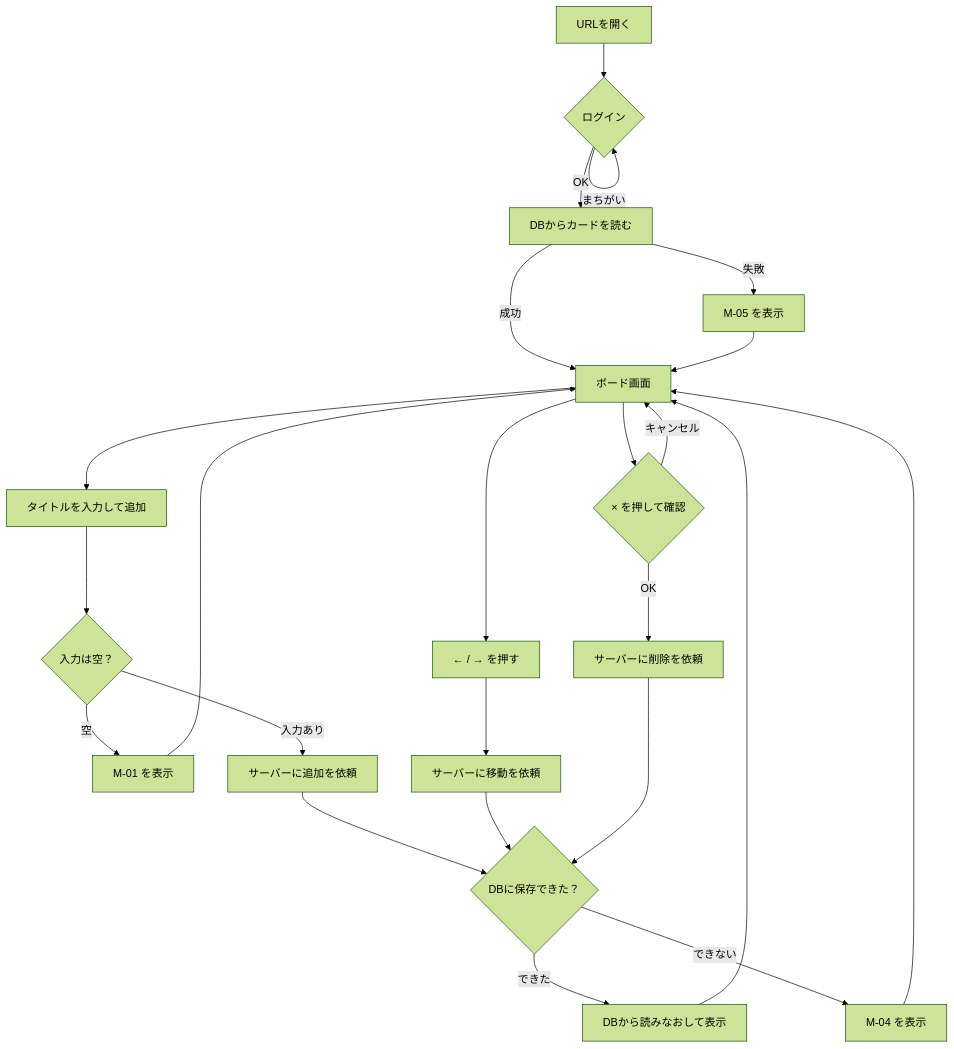
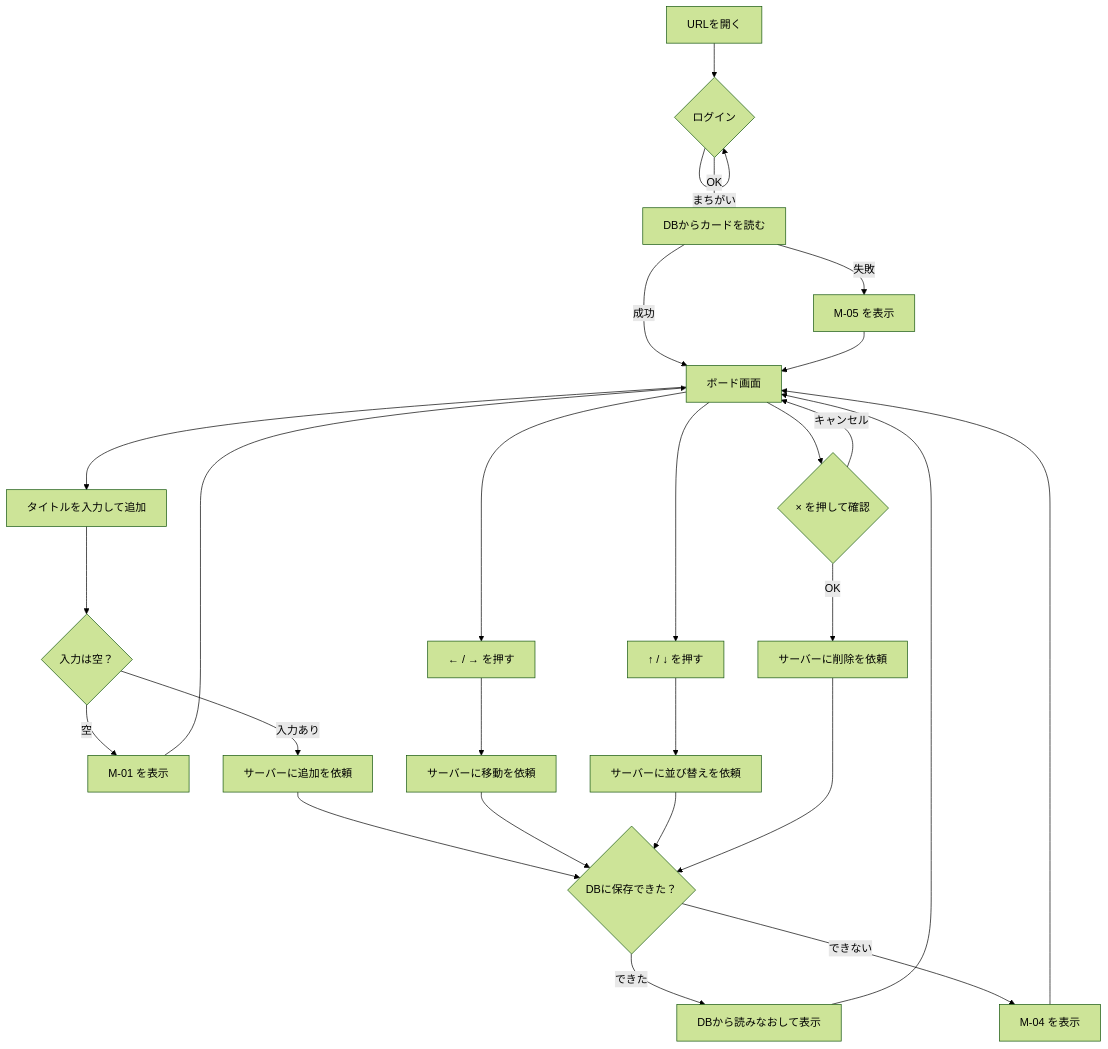
The second of 3 diagrams in docs/02_usecases.md (kynkt-rgb/task-board), drawn with Mermaid (forest theme) before and after one commit. The commit also changed other lines of this file and 6 other files, not shown here.

````diff
--- a/docs/02_usecases.md
+++ b/docs/02_usecases.md
@@ -97,25 +110,27 @@
 ```mermaid
 flowchart TD
     A[URLを開く] --> L{ログイン}
     L -- まちがい --> L
     L -- OK --> B[DBからカードを読む]
     B -- 成功 --> E[ボード画面]
     B -- 失敗 --> X[M-05 を表示] --> E
 
     E --> F[タイトルを入力して追加]
     F --> G{入力は空？}
     G -- 空 --> H[M-01 を表示] --> E
     G -- 入力あり --> I[サーバーに追加を依頼]
 
     E --> J[← / → を押す] --> K[サーバーに移動を依頼]
+    E --> P[↑ / ↓ を押す] --> Q[サーバーに並び替えを依頼]
 
     E --> M2{× を押して確認}
     M2 -- キャンセル --> E
     M2 -- OK --> N[サーバーに削除を依頼]
 
     I --> S{DBに保存できた？}
     K --> S
+    Q --> S
     N --> S
     S -- できた --> R[DBから読みなおして表示] --> E
     S -- できない --> Y[M-04 を表示] --> E
 ```
````
